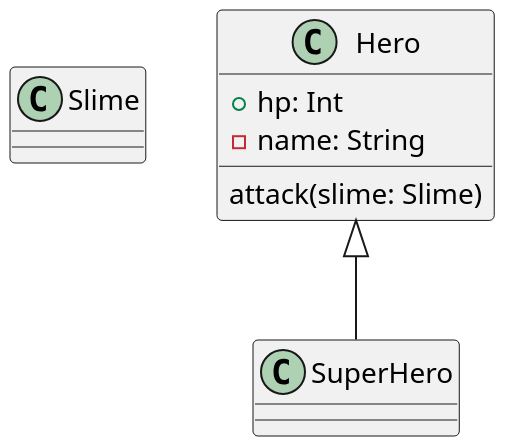
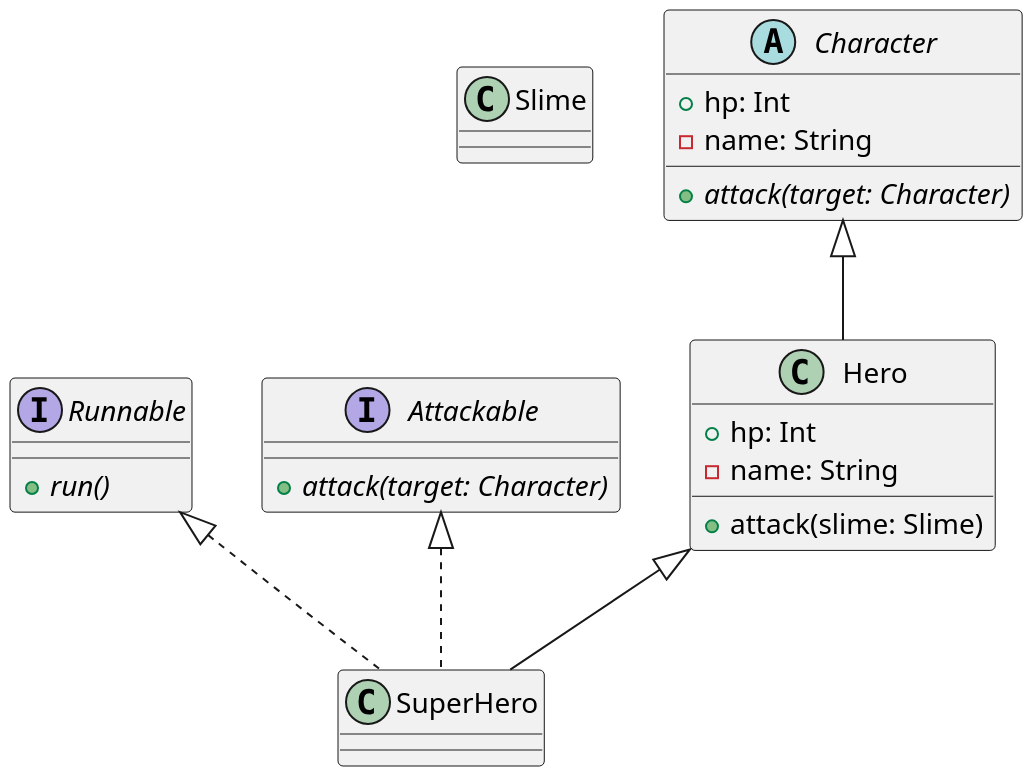
One commit to SurvivalCodingCampus/winter_kotlin_lecture changed the diagram in src/main/kotlin/day06/Game.puml. Above: the diagram before and after it, drawn with PlantUML.

Commit message:
docs: Game.puml 수정
- interface, abstract 예시 추가

```diff
--- a/src/main/kotlin/day06/Game.puml
+++ b/src/main/kotlin/day06/Game.puml
@@ -1,19 +1,33 @@
 @startuml
 'https://plantuml.com/class-diagram
 scale 2
 ' + means public
 ' - means private
 ' ~ means package private
 class Slime
 
-class Hero {
+class Hero extends Character {
     + hp: Int
     - name: String
 
-    attack(slime: Slime)
+    + attack(slime: Slime)
 
 }
 
-class SuperHero extends Hero
+class SuperHero extends Hero implements Runnable, Attackable
+
+abstract class Character {
+    + hp: Int
+    - name: String
+    {abstract} + attack(target: Character)
+}
+
+interface Runnable {
+    {abstract} + run()
+}
+
+interface Attackable {
+    {abstract} + attack(target: Character)
+}
 
 @enduml
```
